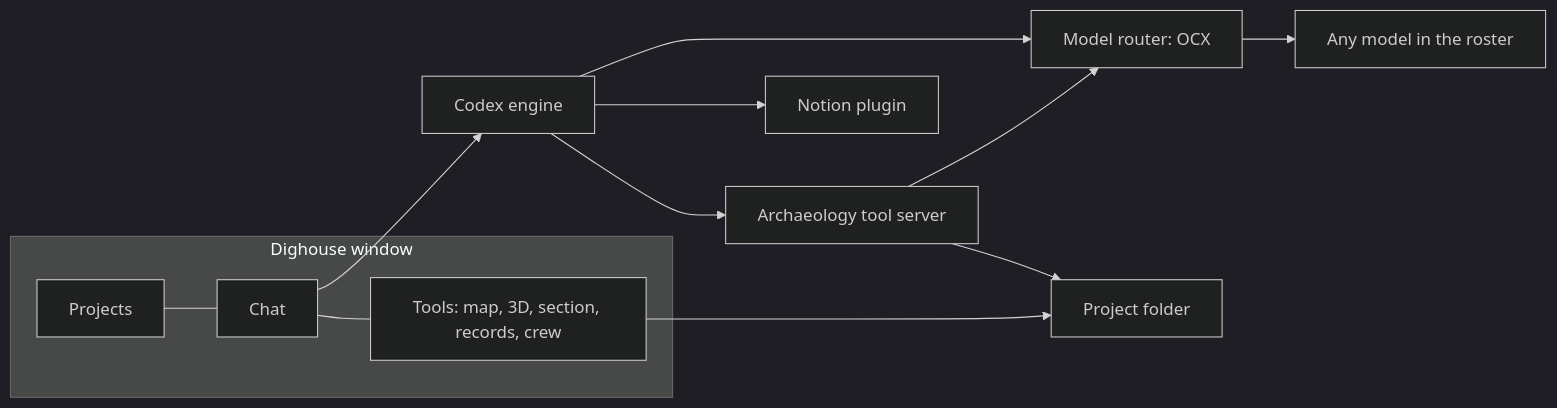
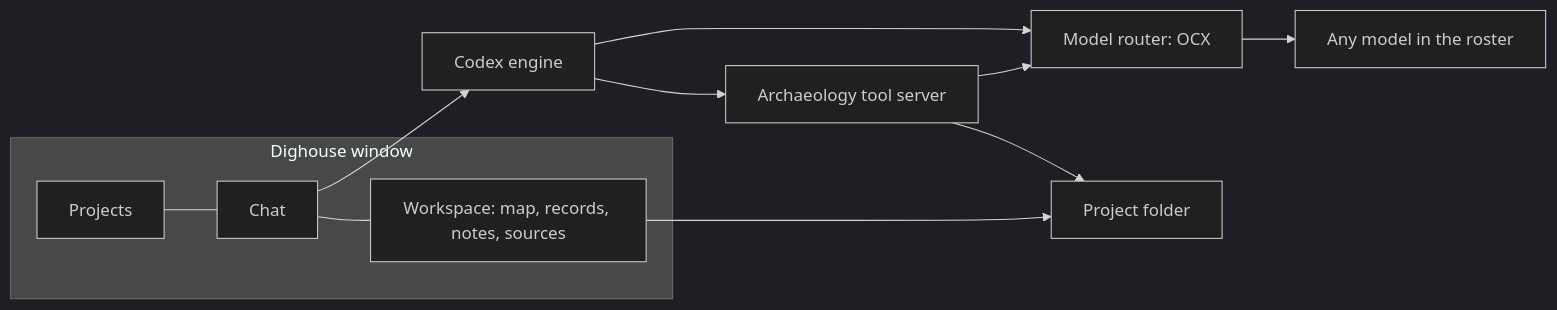
The diagram in docs/concept.md (chrissotraidis/dighouse), drawn with Mermaid (dark theme) before and after one commit. The commit also changed other lines of this file and 15 other files, not shown here.

````diff
--- a/docs/concept.md
+++ b/docs/concept.md
@@ -19,14 +19,13 @@
 ```mermaid
 flowchart LR
   subgraph Window[Dighouse window]
-    P[Projects] --- C[Chat] --- V[Tools: map, 3D, section, records, crew]
+    P[Projects] --- C[Chat] --- V[Workspace: map, records, notes, sources]
   end
   C --> H[Codex engine]
   H --> R[Model router: OCX]
   H --> T[Archaeology tool server]
-  H --> N[Notion plugin]
   T --> R
   T --> F[Project folder]
   V --> F
   R --> M[Any model in the roster]
 ```
````
